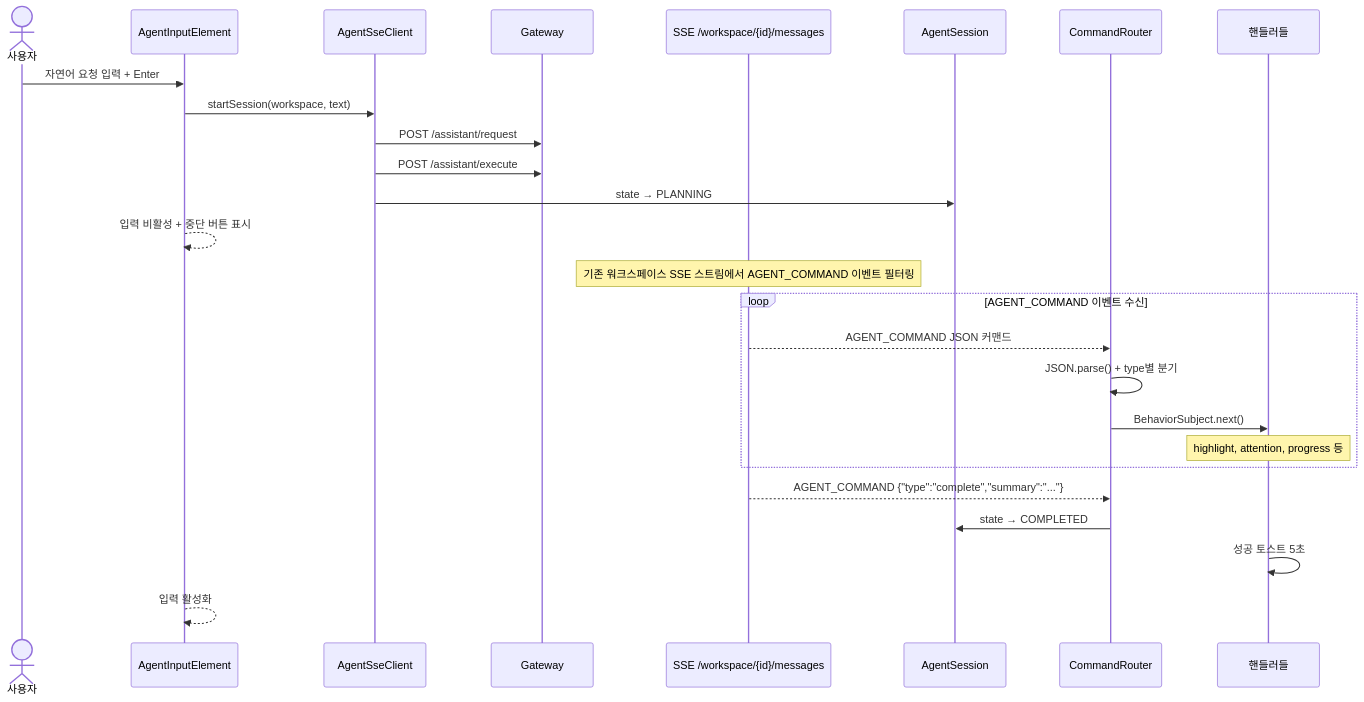
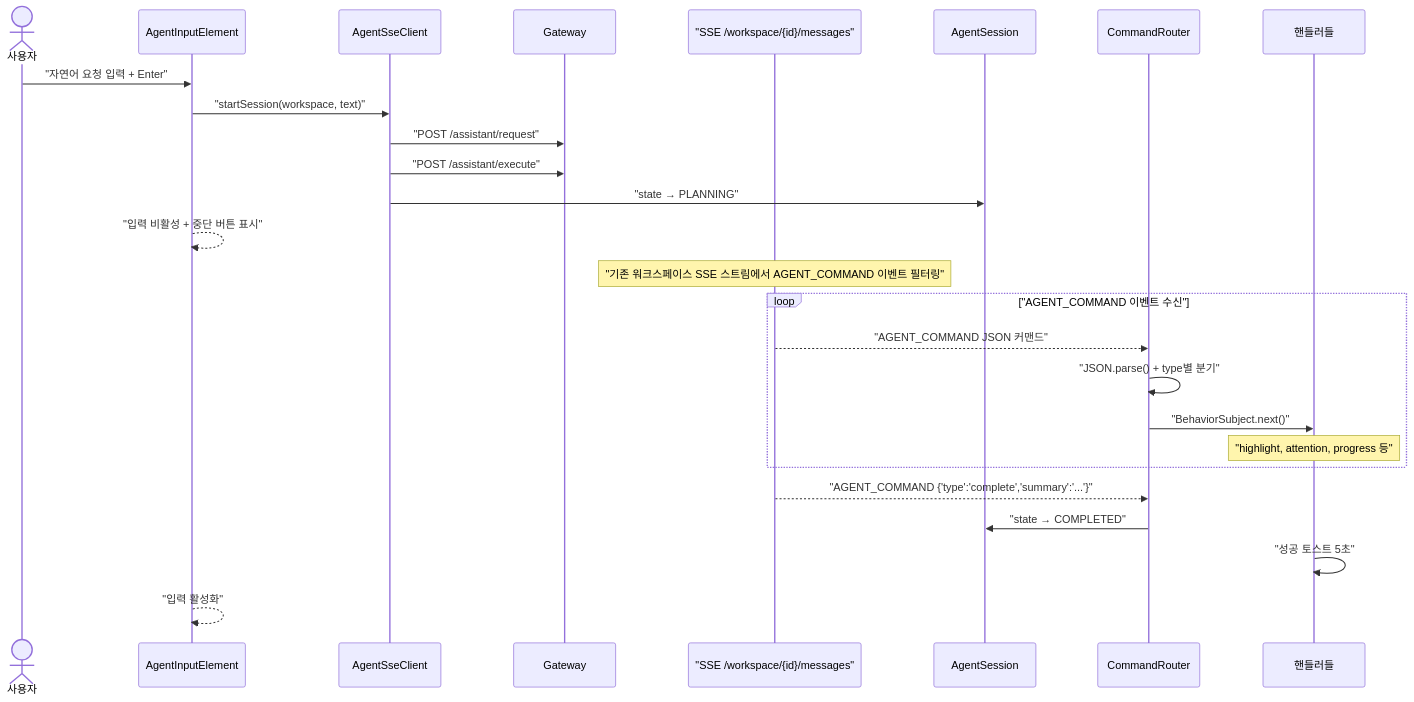
Before and after one commit to sayaya1090/handbook: the first of 6 diagrams in agent-ui/USECASE.md, drawn with Mermaid. The commit also changed other lines of this file and 22 other files, not shown here.

First line of the commit message:
docs: Mermaid 다이어그램 렌더링 오류 수정을 위한 구문 전수 교정

````diff
--- a/agent-ui/USECASE.md
+++ b/agent-ui/USECASE.md
@@ -5,32 +5,32 @@
 ```mermaid
 sequenceDiagram
     actor User as 사용자
     participant Input as AgentInputElement
     participant Client as AgentSseClient
     participant GW as Gateway
-    participant SSE as SSE /workspace/{id}/messages
+    participant SSE as "SSE /workspace/{id}/messages"
     participant Session as AgentSession
     participant Router as CommandRouter
     participant Handlers as 핸들러들
 
-    User->>Input: 자연어 요청 입력 + Enter
-    Input->>Client: startSession(workspace, text)
-    Client->>GW: POST /assistant/request
-    Client->>GW: POST /assistant/execute
-    Client->>Session: state → PLANNING
-    Input-->>Input: 입력 비활성 + 중단 버튼 표시
+    User->>Input: "자연어 요청 입력 + Enter"
+    Input->>Client: "startSession(workspace, text)"
+    Client->>GW: "POST /assistant/request"
+    Client->>GW: "POST /assistant/execute"
+    Client->>Session: "state → PLANNING"
+    Input-->>Input: "입력 비활성 + 중단 버튼 표시"
 
-    Note over SSE: 기존 워크스페이스 SSE 스트림에서 AGENT_COMMAND 이벤트 필터링
+    Note over SSE: "기존 워크스페이스 SSE 스트림에서 AGENT_COMMAND 이벤트 필터링"
 
-    loop AGENT_COMMAND 이벤트 수신
-        SSE-->>Router: AGENT_COMMAND JSON 커맨드
-        Router->>Router: JSON.parse() + type별 분기
-        Router->>Handlers: BehaviorSubject.next()
-        Note over Handlers: highlight, attention, progress 등
+    loop "AGENT_COMMAND 이벤트 수신"
+        SSE-->>Router: "AGENT_COMMAND JSON 커맨드"
+        Router->>Router: "JSON.parse() + type별 분기"
+        Router->>Handlers: "BehaviorSubject.next()"
+        Note over Handlers: "highlight, attention, progress 등"
     end
 
-    SSE-->>Router: AGENT_COMMAND {"type":"complete","summary":"..."}
-    Router->>Session: state → COMPLETED
-    Handlers->>Handlers: 성공 토스트 5초
-    Input-->>Input: 입력 활성화
+    SSE-->>Router: "AGENT_COMMAND {'type':'complete','summary':'...'}"
+    Router->>Session: "state → COMPLETED"
+    Handlers->>Handlers: "성공 토스트 5초"
+    Input-->>Input: "입력 활성화"
 ```
````
